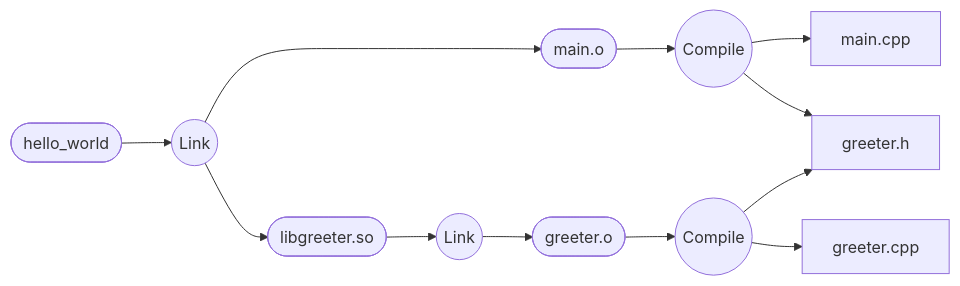
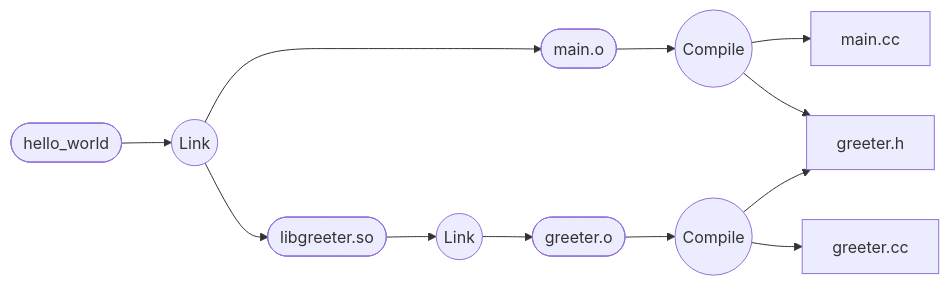
One commit to yanok/bazel-slides changed the diagram in slides.md. Above: the diagram before and after it, drawn with Mermaid. The commit also changed other lines of this file, not shown here.

Commit message:
rename cpp to cc globally

````diff
--- a/slides.md
+++ b/slides.md
@@ -204,14 +204,14 @@
 ```mermaid {scale: 0.9}
 graph LR
     A(["hello_world"]) --> B(("Link"));
     B --> C(["main.o"]);
     B --> D(["libgreeter.so"]);
     C --> E(("Compile"));
-    E --> F["main.cpp"];
+    E --> F["main.cc"];
     E --> G["greeter.h"];
     D --> X((Link));
     X --> Y(["greeter.o"])
     Y --> H(("Compile"));
-    H --> I["greeter.cpp"];
+    H --> I["greeter.cc"];
     H --> G;
 ```
````
